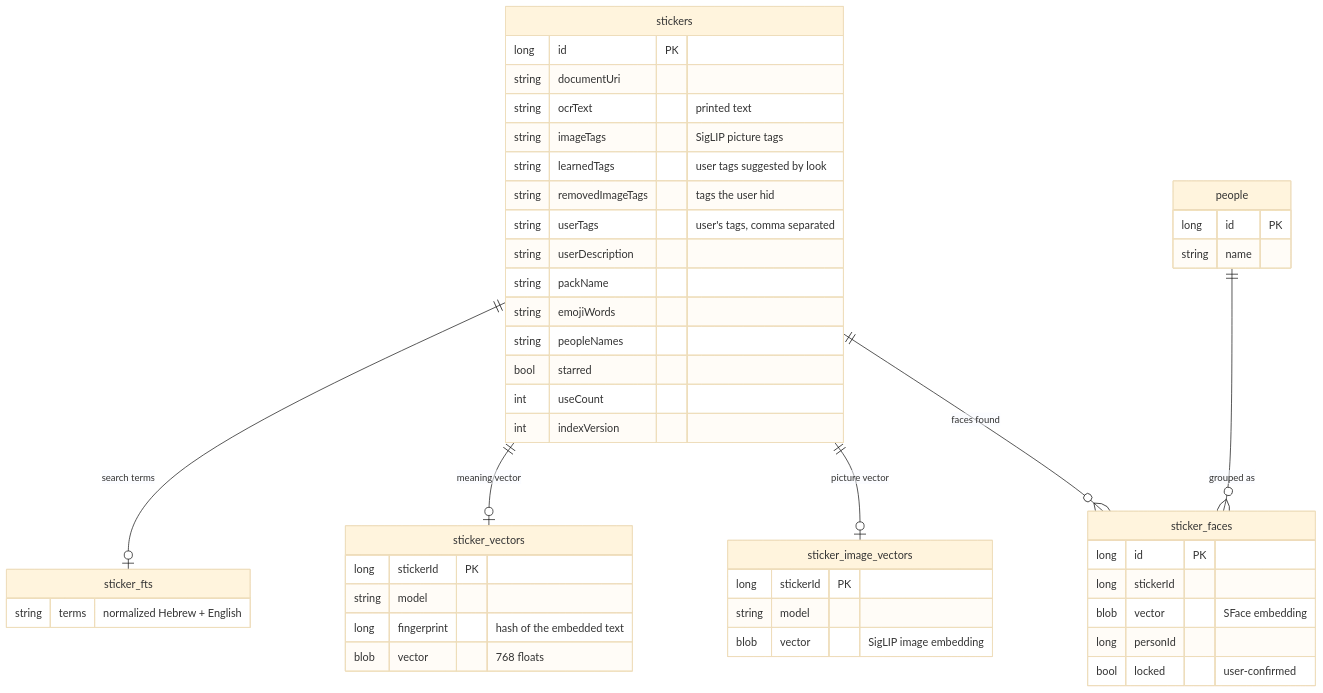
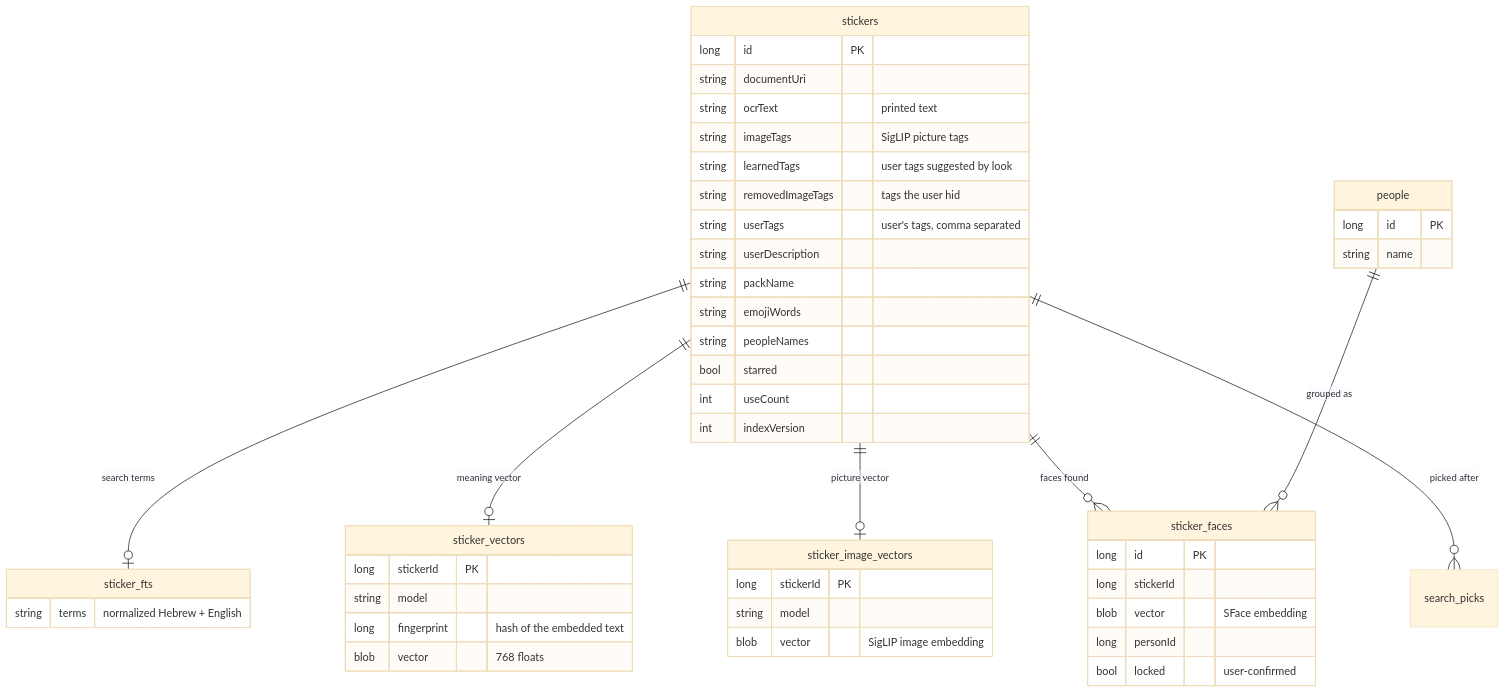
The third of 7 diagrams in docs/ARCHITECTURE.md (Eyal98/Whatsapp-sticker-finder), drawn with Mermaid (base theme) before and after one commit. The commit also changed other lines of this file and 14 other files, not shown here.

First line of the commit message:
Search: rank keyword matches by relevance and learn from what the user picks

````diff
--- a/docs/ARCHITECTURE.md
+++ b/docs/ARCHITECTURE.md
@@ -85,50 +85,51 @@
 ```mermaid
 erDiagram
     stickers ||--o| sticker_fts : "search terms"
     stickers ||--o| sticker_vectors : "meaning vector"
     stickers ||--o| sticker_image_vectors : "picture vector"
     stickers ||--o{ sticker_faces : "faces found"
     people ||--o{ sticker_faces : "grouped as"
+    stickers ||--o{ search_picks : "picked after"
 
     stickers {
         long id PK
         string documentUri
         string ocrText "printed text"
         string imageTags "SigLIP picture tags"
         string learnedTags "user tags suggested by look"
         string removedImageTags "tags the user hid"
         string userTags "user's tags, comma separated"
         string userDescription
         string packName
         string emojiWords
         string peopleNames
         bool starred
         int useCount
         int indexVersion
     }
     sticker_fts {
         string terms "normalized Hebrew + English"
     }
     sticker_vectors {
         long stickerId PK
         string model
         long fingerprint "hash of the embedded text"
         blob vector "768 floats"
     }
     sticker_image_vectors {
         long stickerId PK
         string model
         blob vector "SigLIP image embedding"
     }
     sticker_faces {
         long id PK
         long stickerId
         blob vector "SFace embedding"
         long personId
         bool locked "user-confirmed"
     }
     people {
         long id PK
         string name
     }
 ```
````
